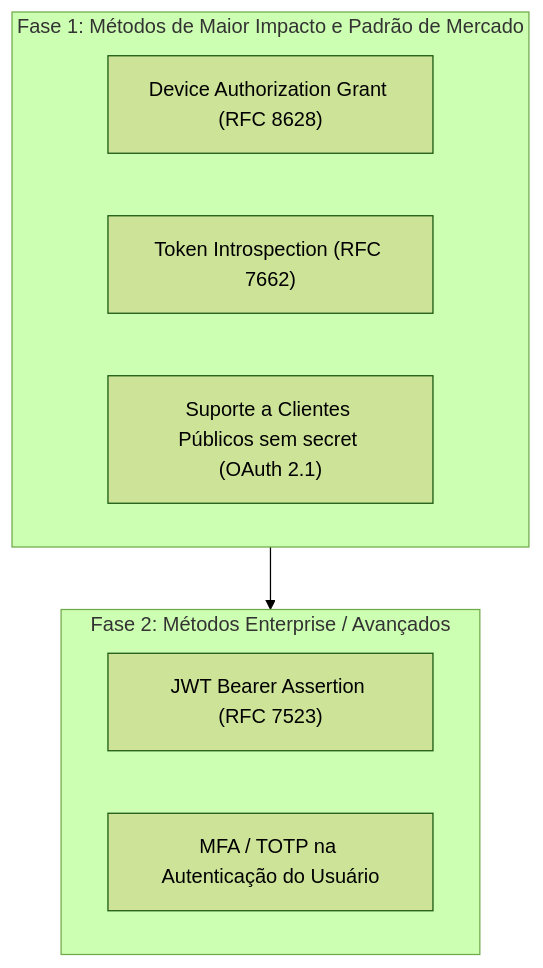
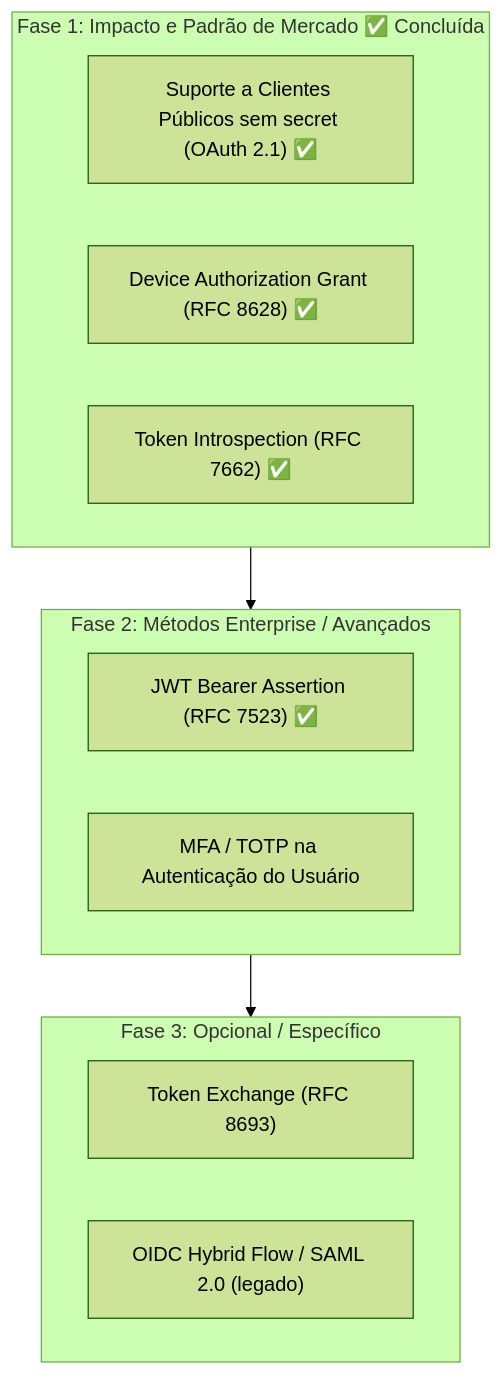
One commit to mvdfreitas/php-oauth changed the first of 2 diagrams in docs/ANALISE_METODOS_AUTENTICACAO.md. Above: the diagram before and after it, drawn with Mermaid (forest theme). The commit also changed other lines of this file and 3 other files, not shown here.

Commit message:
feat: Reimplementado o metodo JWT Bearer Assertion (RFC 7523)

````diff
--- a/docs/ANALISE_METODOS_AUTENTICACAO.md
+++ b/docs/ANALISE_METODOS_AUTENTICACAO.md
@@ -73,15 +89,20 @@
 ```mermaid
 flowchart TD
-    subgraph Fase1["Fase 1: Métodos de Maior Impacto e Padrão de Mercado"]
-        A["Device Authorization Grant (RFC 8628)"]
-        B["Token Introspection (RFC 7662)"]
-        C["Suporte a Clientes Públicos sem secret (OAuth 2.1)"]
+    subgraph Fase1["Fase 1: Impacto e Padrão de Mercado ✅ Concluída"]
+        C["Suporte a Clientes Públicos sem secret (OAuth 2.1) ✅"]
+        C2["Device Authorization Grant (RFC 8628) ✅"]
+        C3["Token Introspection (RFC 7662) ✅"]
     end
 
     subgraph Fase2["Fase 2: Métodos Enterprise / Avançados"]
-        D["JWT Bearer Assertion (RFC 7523)"]
+        D["JWT Bearer Assertion (RFC 7523) ✅"]
         E["MFA / TOTP na Autenticação do Usuário"]
     end
 
-    Fase1 --> Fase2
+    subgraph Fase3["Fase 3: Opcional / Específico"]
+        F["Token Exchange (RFC 8693)"]
+        G["OIDC Hybrid Flow / SAML 2.0 (legado)"]
+    end
+
+    Fase1 --> Fase2 --> Fase3
 ```
````
